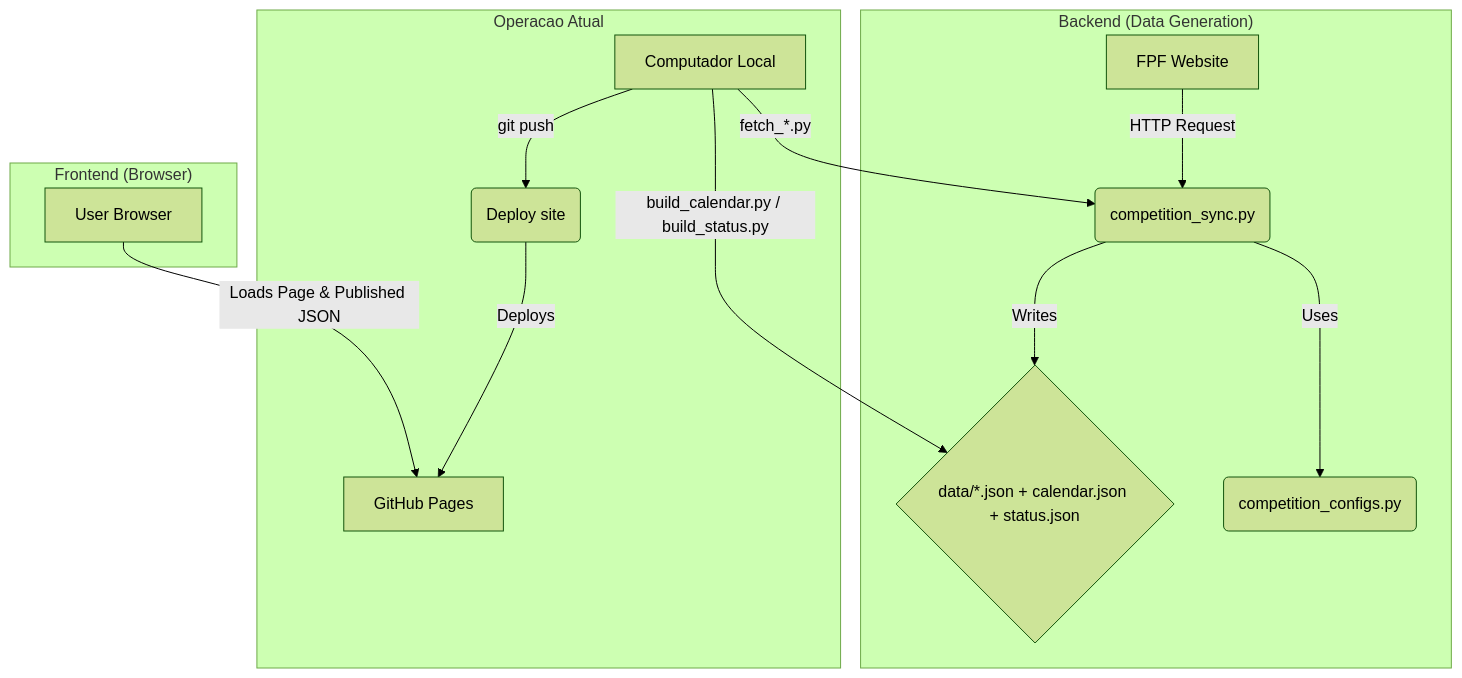
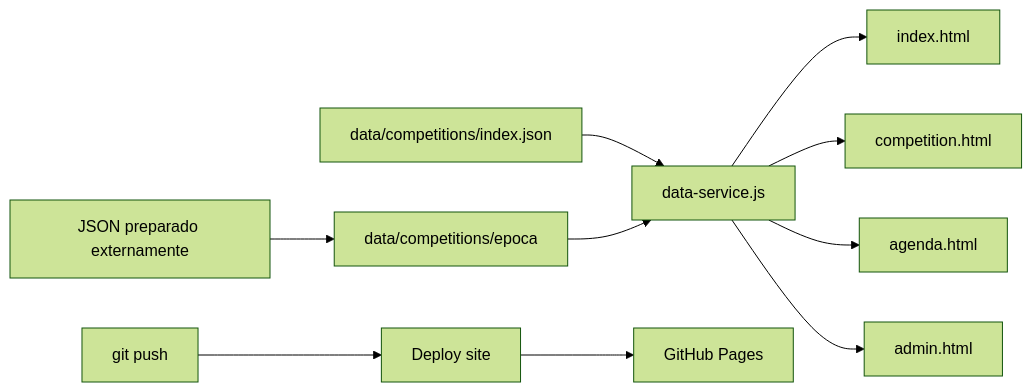
One commit to majoroka/scores_CFA changed the diagram in ARQUITETURA.md. Above: the diagram before and after it, drawn with Mermaid (forest theme). The commit also changed other lines of this file and 94 other files, not shown here.

Commit message:
feat(data): migrate competitions to catalog-driven JSON files

````diff
--- a/ARQUITETURA.md
+++ b/ARQUITETURA.md
@@ -7,17 +7,12 @@
 ```mermaid
-graph TD
-    subgraph "Backend (Data Generation)"
-        A[FPF Website] -->|HTTP Request| B("competition_sync.py");
-        B -->|Uses| B1("competition_configs.py");
-        B -->|Writes| C{"data/*.json + calendar.json + status.json"};
-    end
-    subgraph "Operacao Atual"
-        D[Computador Local] -->|fetch_*.py| B;
-        D -->|build_calendar.py / build_status.py| C;
-        D -->|git push| E("Deploy site");
-        E -->|Deploys| H[GitHub Pages];
-    end
-    subgraph "Frontend (Browser)"
-        I[User Browser] -->|Loads Page & Published JSON| H;
-    end
+graph LR
+    A[JSON preparado externamente] --> B[data/competitions/epoca]
+    C[data/competitions/index.json] --> D[data-service.js]
+    B --> D
+    D --> E[index.html]
+    D --> F[competition.html]
+    D --> G[agenda.html]
+    D --> H[admin.html]
+    I[git push] --> J[Deploy site]
+    J --> K[GitHub Pages]
 ```
````
